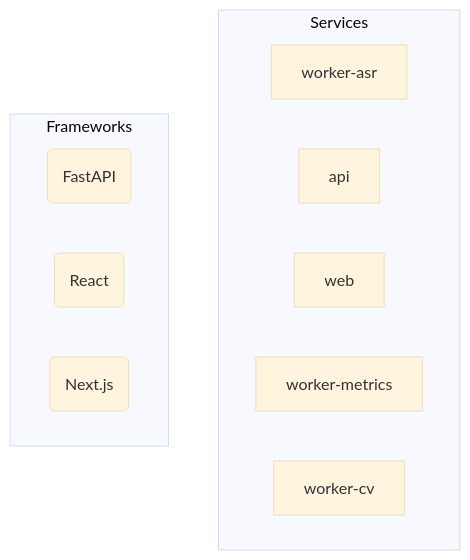
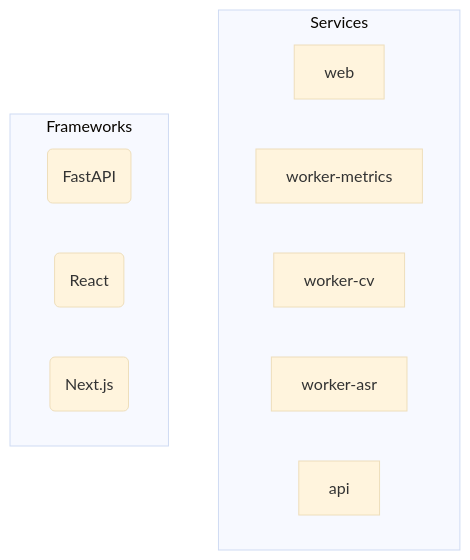
The diagram in README.md (NITISH-R-G/PedagogyX), drawn with Mermaid (base theme) before and after one commit. The commit also changed other lines of this file and 3 other files, not shown here.

Commit message:
docs: auto-generate repository documentation and diagrams [skip ci]

````diff
--- a/README.md
+++ b/README.md
@@ -38,22 +38,22 @@
 ```mermaid
 graph TD
     subgraph Services
-        worker_asr["worker-asr"]
-        click worker_asr href "services/worker-asr" "Go to worker-asr source"
-        api["api"]
-        click api href "services/api" "Go to api source"
         web["web"]
         click web href "services/web" "Go to web source"
         worker_metrics["worker-metrics"]
         click worker_metrics href "services/worker-metrics" "Go to worker-metrics source"
         worker_cv["worker-cv"]
         click worker_cv href "services/worker-cv" "Go to worker-cv source"
+        worker_asr["worker-asr"]
+        click worker_asr href "services/worker-asr" "Go to worker-asr source"
+        api["api"]
+        click api href "services/api" "Go to api source"
     end
 
     subgraph Frameworks
         FastAPI(FastAPI)
         React(React)
         Next_js(Next.js)
     end
 
 ```
````
